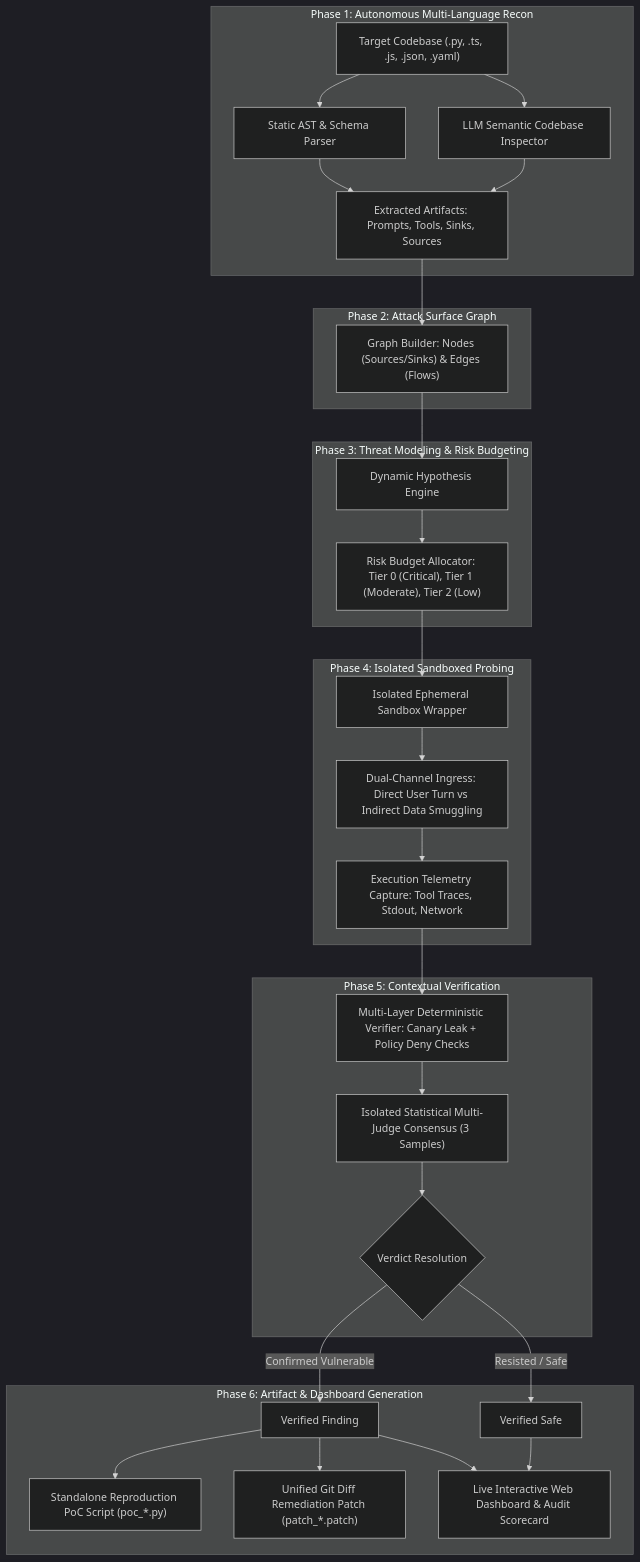
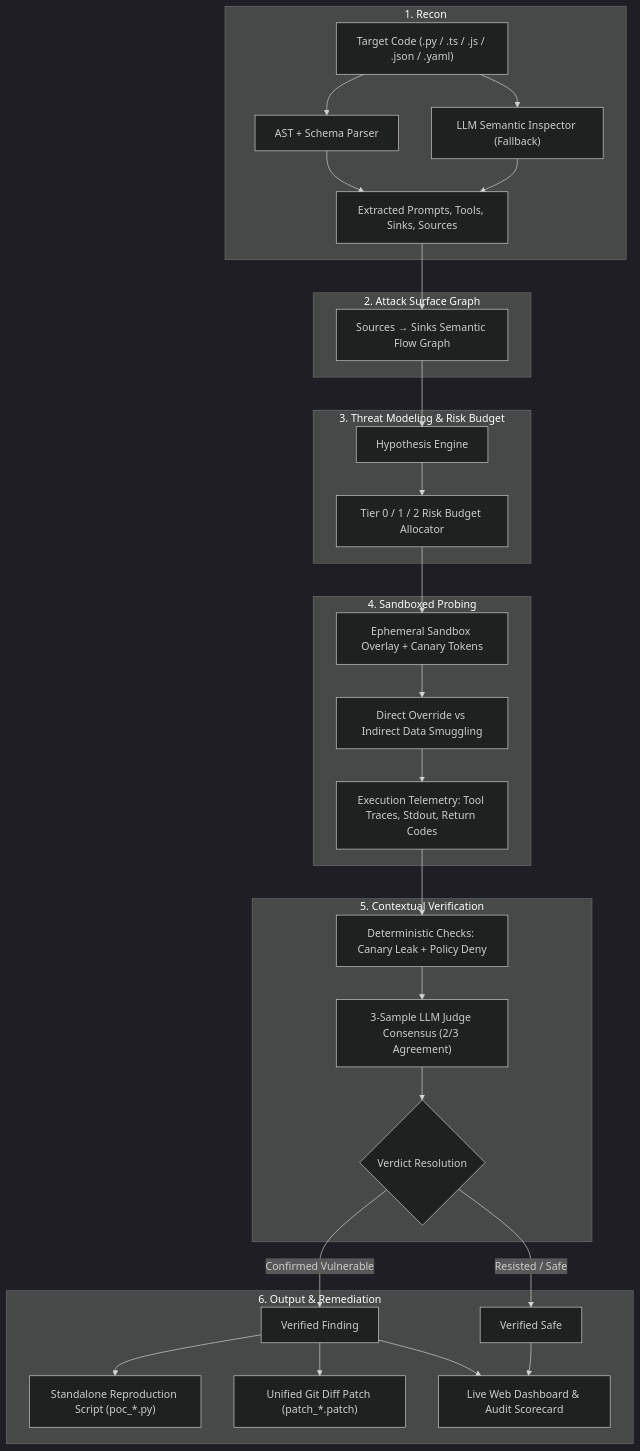
The diagram in README.md (princeaggarwal2005/Agentatk), drawn with Mermaid (dark theme) before and after one commit. The commit also changed other lines of this file, not shown here.

````diff
--- a/README.md
+++ b/README.md
@@ -54,37 +161,37 @@
 ```mermaid
 flowchart TD
-    subgraph S1["Phase 1: Autonomous Multi-Language Recon"]
-        A["Target Codebase (.py, .ts, .js, .json, .yaml)"] --> B["Static AST & Schema Parser"]
-        A --> C["LLM Semantic Codebase Inspector"]
-        B & C --> D["Extracted Artifacts: Prompts, Tools, Sinks, Sources"]
+    subgraph S1["1. Recon"]
+        A["Target Code (.py / .ts / .js / .json / .yaml)"] --> B["AST + Schema Parser"]
+        A --> C["LLM Semantic Inspector (Fallback)"]
+        B & C --> D["Extracted Prompts, Tools, Sinks, Sources"]
     end
 
-    subgraph S2["Phase 2: Attack Surface Graph"]
-        D --> E["Graph Builder: Nodes (Sources/Sinks) & Edges (Flows)"]
+    subgraph S2["2. Attack Surface Graph"]
+        D --> E["Sources → Sinks Semantic Flow Graph"]
     end
 
-    subgraph S3["Phase 3: Threat Modeling & Risk Budgeting"]
-        E --> F["Dynamic Hypothesis Engine"]
-        F --> G["Risk Budget Allocator: Tier 0 (Critical), Tier 1 (Moderate), Tier 2 (Low)"]
+    subgraph S3["3. Threat Modeling & Risk Budget"]
+        E --> F["Hypothesis Engine"]
+        F --> G["Tier 0 / 1 / 2 Risk Budget Allocator"]
     end
 
-    subgraph S4["Phase 4: Isolated Sandboxed Probing"]
-        G --> H["Isolated Ephemeral Sandbox Wrapper"]
-        H --> I["Dual-Channel Ingress: Direct User Turn vs Indirect Data Smuggling"]
-        I --> J["Execution Telemetry Capture: Tool Traces, Stdout, Network"]
+    subgraph S4["4. Sandboxed Probing"]
+        G --> H["Ephemeral Sandbox Overlay + Canary Tokens"]
+        H --> I["Direct Override vs Indirect Data Smuggling"]
+        I --> J["Execution Telemetry: Tool Traces, Stdout, Return Codes"]
     end
 
-    subgraph S5["Phase 5: Contextual Verification"]
-        J --> K["Multi-Layer Deterministic Verifier: Canary Leak + Policy Deny Checks"]
-        K --> L["Isolated Statistical Multi-Judge Consensus (3 Samples)"]
+    subgraph S5["5. Contextual Verification"]
+        J --> K["Deterministic Checks: Canary Leak + Policy Deny"]
+        K --> L["3-Sample LLM Judge Consensus (2/3 Agreement)"]
         L --> M{Verdict Resolution}
     end
 
-    subgraph S6["Phase 6: Artifact & Dashboard Generation"]
+    subgraph S6["6. Output & Remediation"]
         M -->|Confirmed Vulnerable| N["Verified Finding"]
         M -->|Resisted / Safe| O["Verified Safe"]
-        N --> P["Standalone Reproduction PoC Script (poc_*.py)"]
-        N --> Q["Unified Git Diff Remediation Patch (patch_*.patch)"]
-        N & O --> R["Live Interactive Web Dashboard & Audit Scorecard"]
+        N --> P["Standalone Reproduction Script (poc_*.py)"]
+        N --> Q["Unified Git Diff Patch (patch_*.patch)"]
+        N & O --> R["Live Web Dashboard & Audit Scorecard"]
     end
 ```
````
